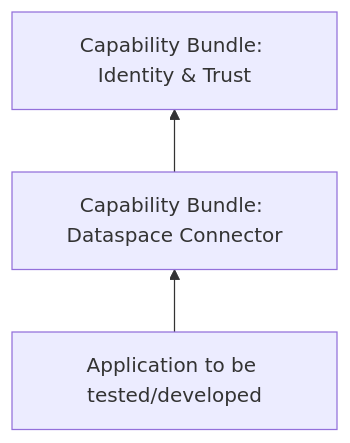
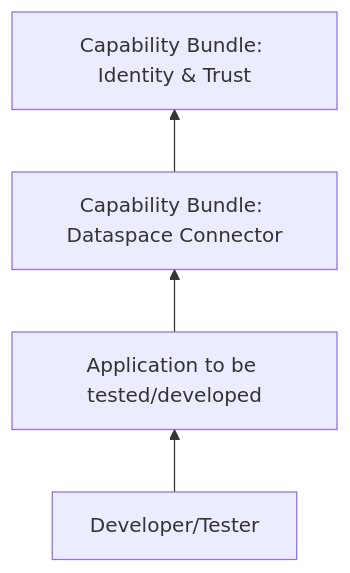
Before and after one commit to eclipse-tractusx/tractus-x-umbrella: the fifth of 8 diagrams in docs/concept/TAP7.1-solution-design.md, drawn with Mermaid. The commit also changed other lines of this file, not shown here.

`````diff
--- a/docs/concept/TAP7.1-solution-design.md
+++ b/docs/concept/TAP7.1-solution-design.md
@@ -373,8 +375,10 @@
 ````mermaid
 flowchart BT
     A["Capability Bundle: Identity & Trust"]
     B["Capability Bundle: Dataspace Connector"]
     C["Application to be tested/developed"]
+    D["Developer/Tester"]
     C --> B
     B --> A
+    D --> C
 ````
`````
